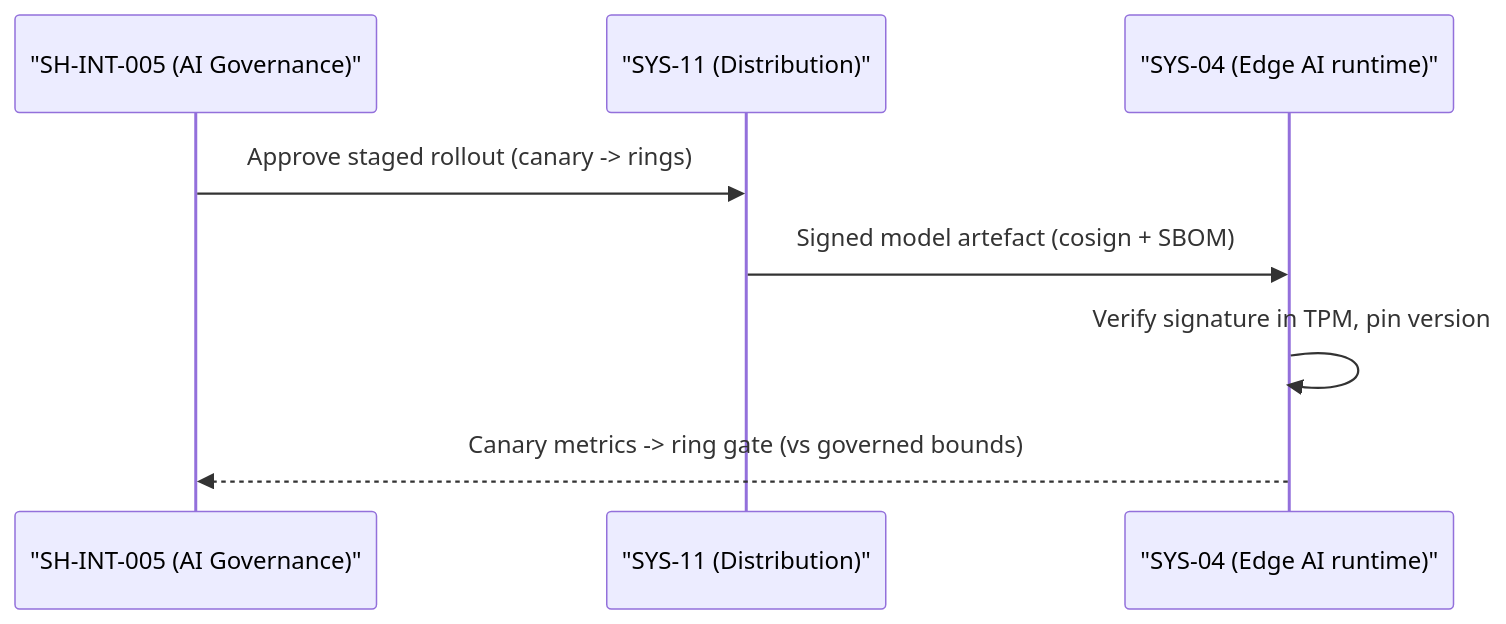
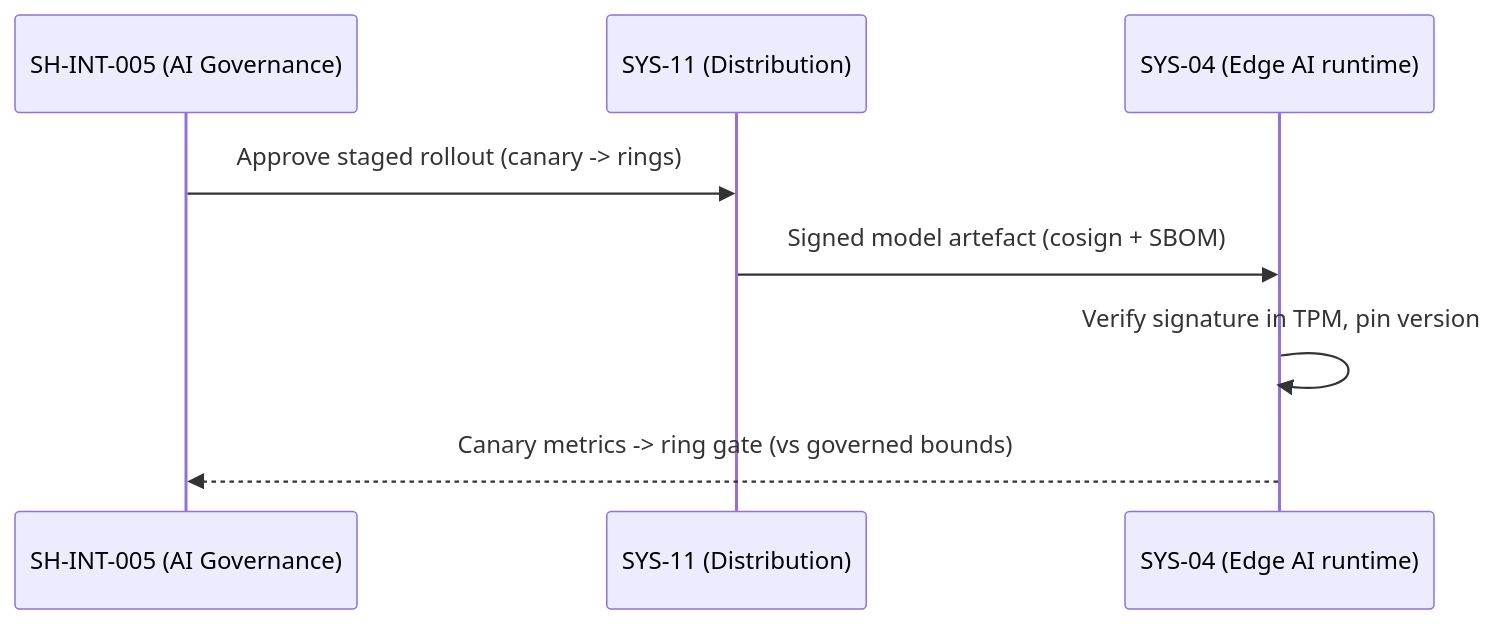
Before and after one commit to pauloribeiro16/Methodology_compact: diagram 16 of 21 in 02_CASES/Case_02_SecureBorder_Solutions/03_PHASE3_DECOMPOSITION/annexes/B_Sequence_Diagrams.md, drawn with Mermaid. The commit also changed other lines of this file and 5 other files, not shown here.

Commit message:
[EXECUTOR] uc-catalogues: embed UC diagram gallery + inline sequence diagrams — Case_01/02/03

````diff
--- a/02_CASES/Case_02_SecureBorder_Solutions/03_PHASE3_DECOMPOSITION/annexes/B_Sequence_Diagrams.md
+++ b/02_CASES/Case_02_SecureBorder_Solutions/03_PHASE3_DECOMPOSITION/annexes/B_Sequence_Diagrams.md
@@ -209,10 +219,10 @@
 ```mermaid
 sequenceDiagram
-    participant AIG as "SH-INT-005 (AI Governance)"
-    participant PIPE as "SYS-11 (Distribution)"
-    participant KIOSK as "SYS-04 (Edge AI runtime)"
+    participant AIG as SH-INT-005 (AI Governance)
+    participant PIPE as SYS-11 (Distribution)
+    participant KIOSK as SYS-04 (Edge AI runtime)
     AIG->>PIPE: Approve staged rollout (canary -> rings)
     PIPE->>KIOSK: Signed model artefact (cosign + SBOM)
     KIOSK->>KIOSK: Verify signature in TPM, pin version
     KIOSK-->>AIG: Canary metrics -> ring gate (vs governed bounds)
 ```
````
